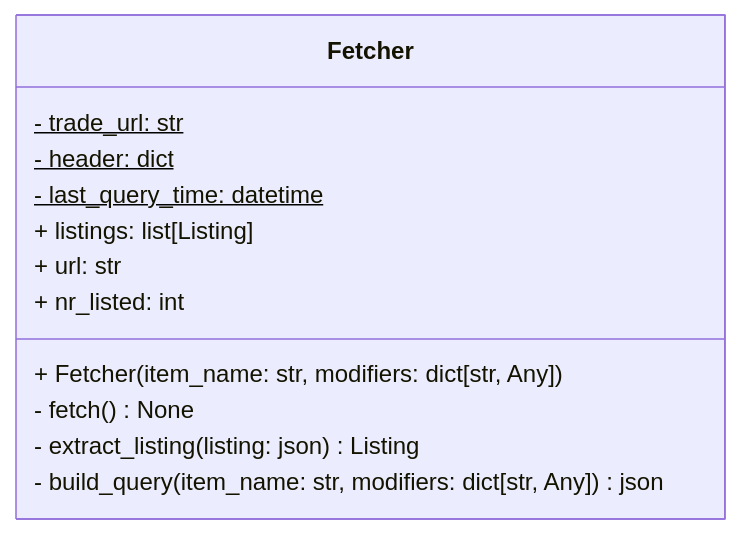
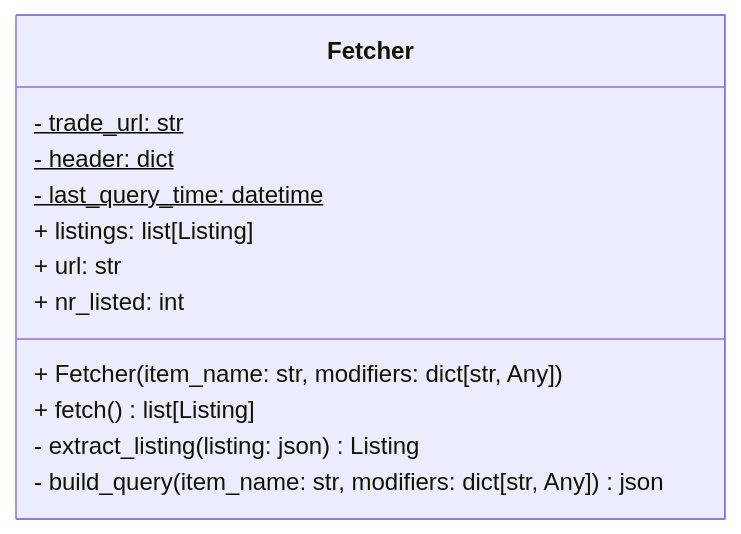
Before and after one commit to DixieSquad/weary-traveler: diagram 15 of 16 in documentation/software-design-document.md, drawn with Mermaid. The commit also changed other lines of this file, not shown here.

````diff
--- a/documentation/software-design-document.md
+++ b/documentation/software-design-document.md
@@ -503,15 +498,15 @@
 ```mermaid
 classDiagram
 class Fetcher{
     - trade_url: str$
     - header: dict$
     - last_query_time: datetime$
     + listings: list[Listing]
     + url: str
     + nr_listed: int
     + Fetcher(item_name: str, modifiers: dict[str, Any])
-    - fetch() None
+    + fetch() list[Listing]
     - extract_listing(listing: json) Listing
     - build_query(item_name: str, modifiers: dict[str, Any]) json
 }
 ```
````
